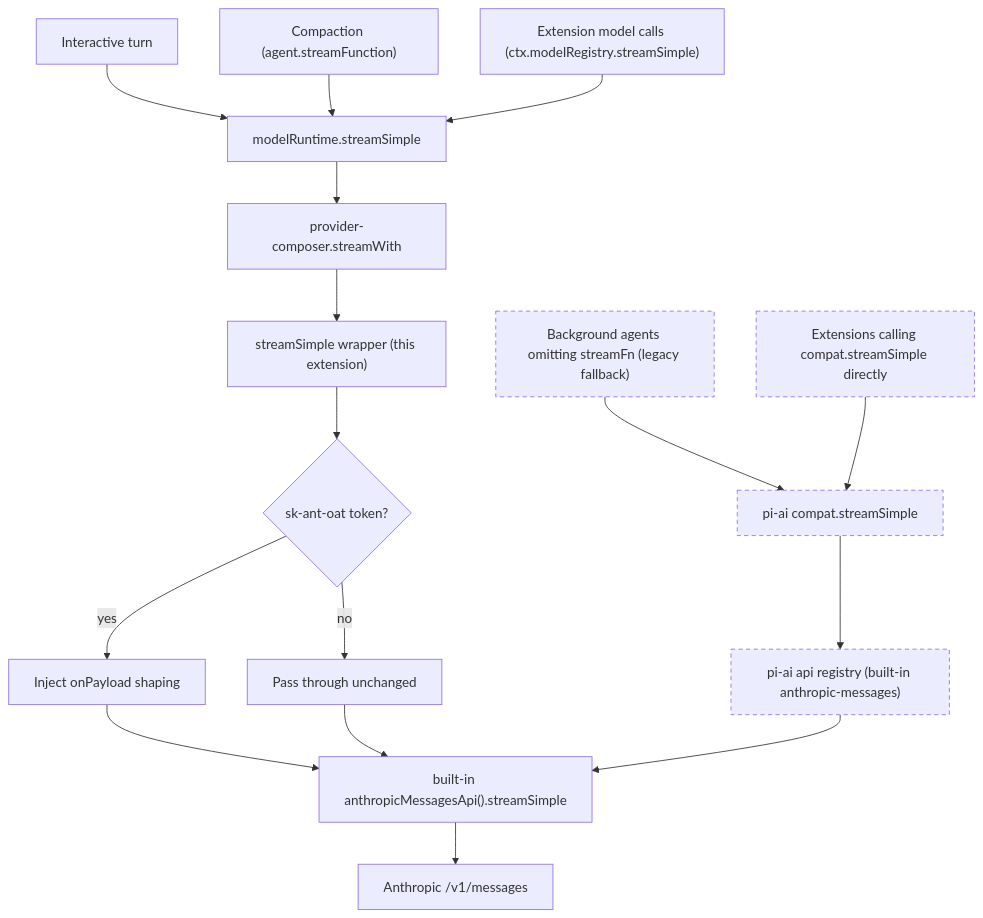
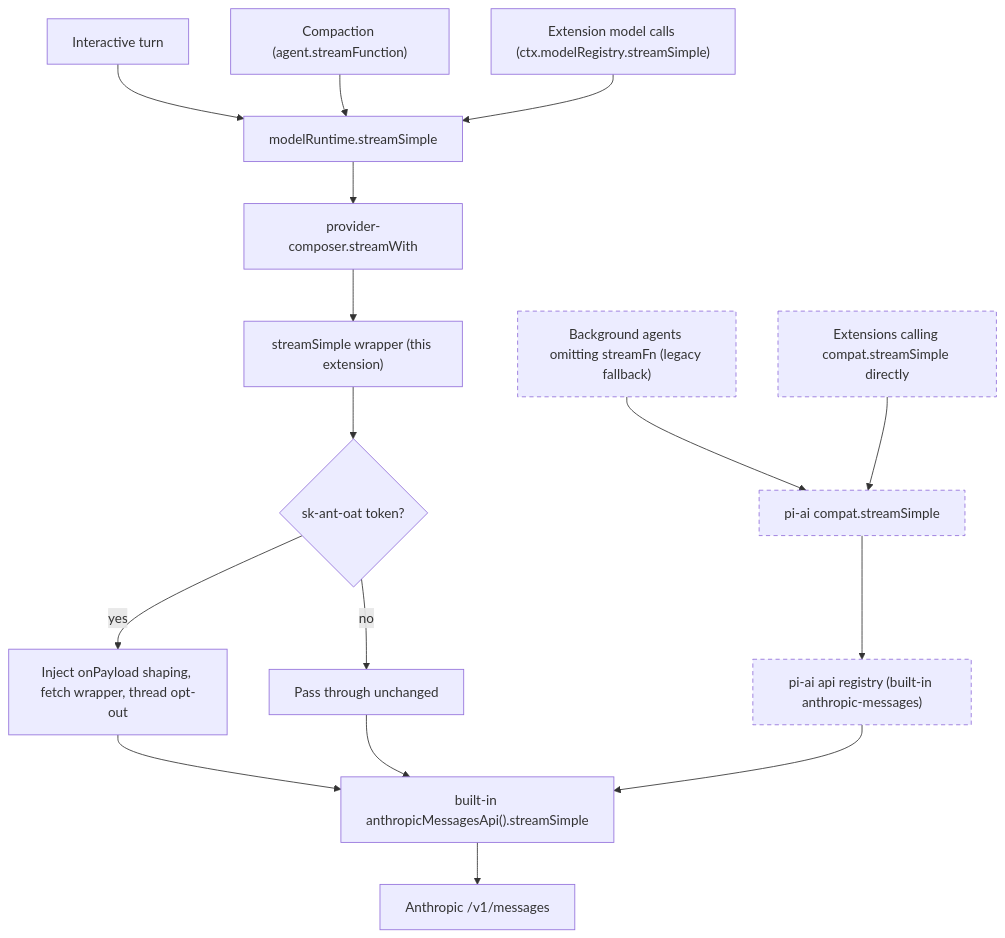
Before and after one commit to gotgenes/pi-anthropic-auth: the diagram in docs/architecture.md, drawn with Mermaid. The commit also changed other lines of this file and 4 other files, not shown here.

First line of the commit message:
docs: document the message-thread opt-out and the header-less hint

````diff
--- a/docs/architecture.md
+++ b/docs/architecture.md
@@ -48,22 +48,22 @@
 ```mermaid
 flowchart TD
     A["Interactive turn"] --> MR["modelRuntime.streamSimple"]
     B["Compaction (agent.streamFunction)"] --> MR
     E["Extension model calls (ctx.modelRegistry.streamSimple)"] --> MR
     MR --> PC["provider-composer.streamWith"]
     PC --> W["streamSimple wrapper (this extension)"]
     W --> D{"sk-ant-oat token?"}
-    D -->|"yes"| S["Inject onPayload shaping"]
+    D -->|"yes"| S["Inject onPayload shaping, fetch wrapper, thread opt-out"]
     D -->|"no"| P["Pass through unchanged"]
     S --> G["built-in anthropicMessagesApi().streamSimple"]
     P --> G
     G --> AN["Anthropic /v1/messages"]
 
     C["Background agents omitting streamFn (legacy fallback)"] --> CD["pi-ai compat.streamSimple"]
     X["Extensions calling compat.streamSimple directly"] --> CD
     CD --> R["pi-ai api registry (built-in anthropic-messages)"]
     R --> G
 
     classDef gap stroke-dasharray: 5 4
     class C,X,CD,R gap
 ```
````
